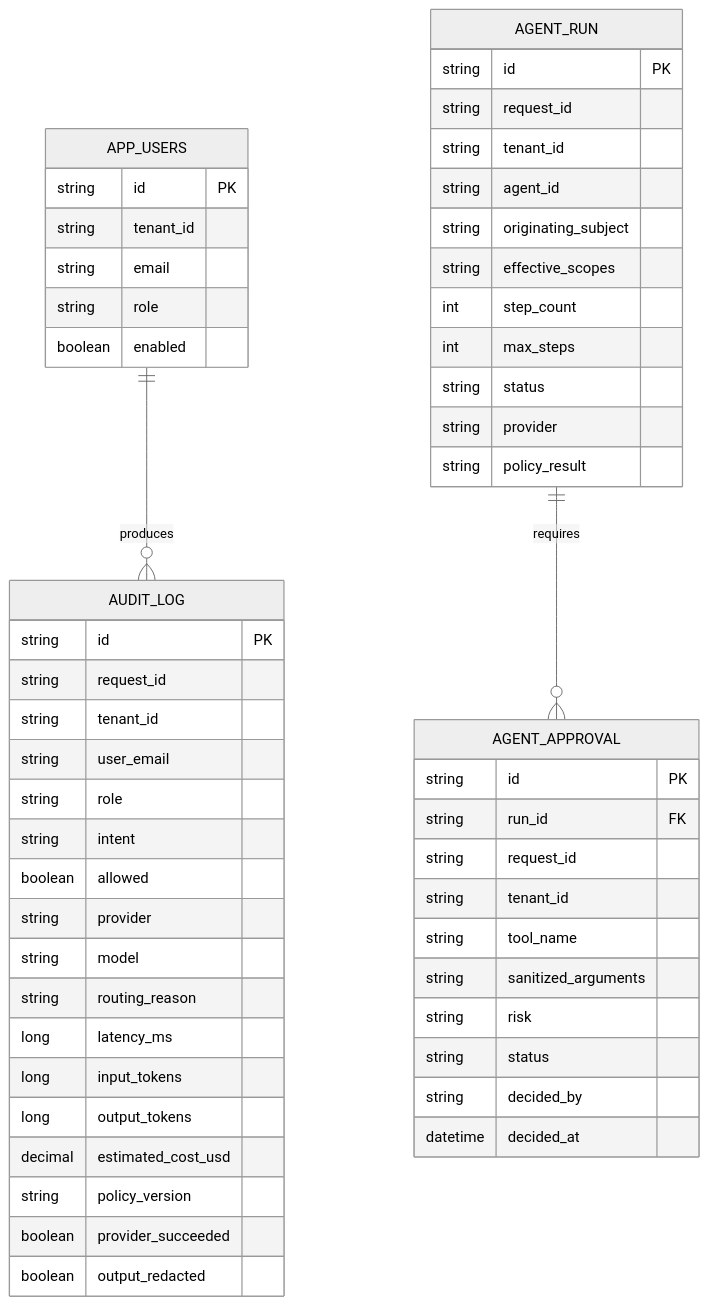
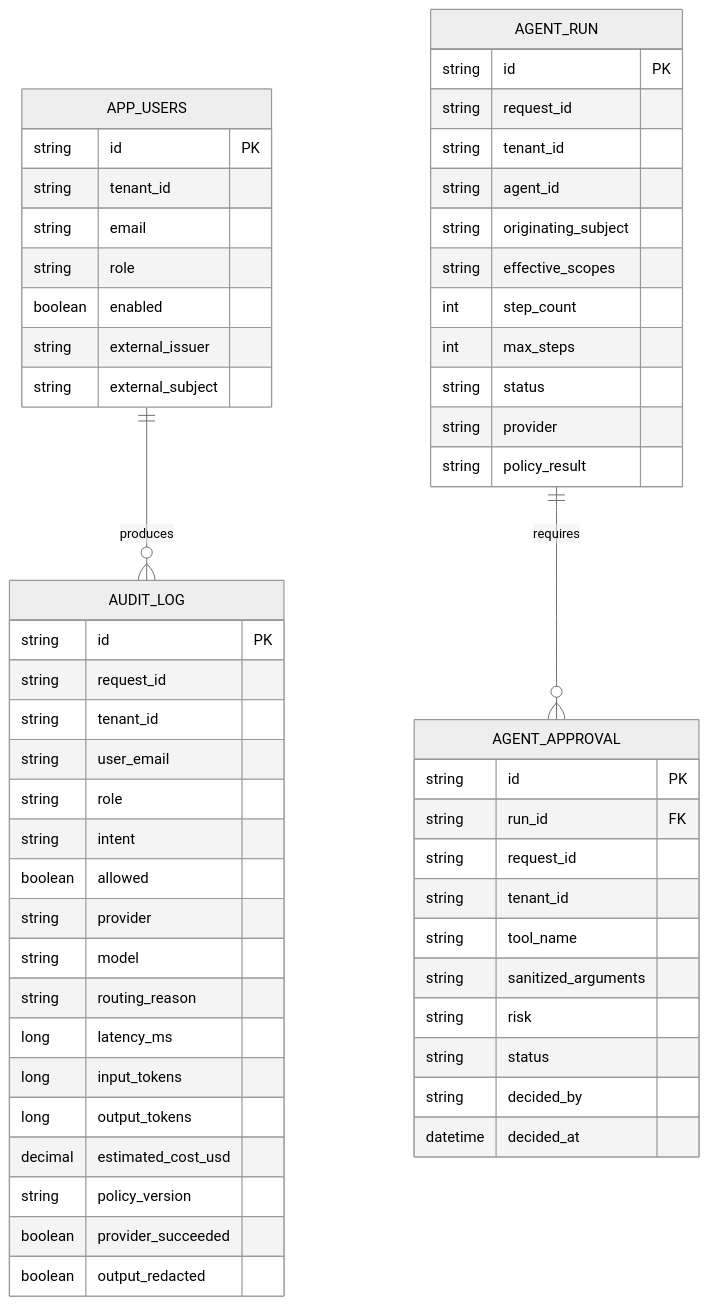
Before and after one commit to imvaibhavm/ai-iam-gateway: the eighth of 8 diagrams in docs/ARCHITECTURE_HLD_LLD.md, drawn with Mermaid (neutral theme). The commit also changed other lines of this file and 24 other files, not shown here.

````diff
--- a/docs/ARCHITECTURE_HLD_LLD.md
+++ b/docs/ARCHITECTURE_HLD_LLD.md
@@ -210,56 +215,58 @@
 ```mermaid
 erDiagram
     APP_USERS {
       string id PK
       string tenant_id
       string email
       string role
       boolean enabled
+      string external_issuer
+      string external_subject
     }
     AUDIT_LOG {
       string id PK
       string request_id
       string tenant_id
       string user_email
       string role
       string intent
       boolean allowed
       string provider
       string model
       string routing_reason
       long latency_ms
       long input_tokens
       long output_tokens
       decimal estimated_cost_usd
       string policy_version
       boolean provider_succeeded
       boolean output_redacted
     }
     AGENT_RUN {
       string id PK
       string request_id
       string tenant_id
       string agent_id
       string originating_subject
       string effective_scopes
       int step_count
       int max_steps
       string status
       string provider
       string policy_result
     }
     AGENT_APPROVAL {
       string id PK
       string run_id FK
       string request_id
       string tenant_id
       string tool_name
       string sanitized_arguments
       string risk
       string status
       string decided_by
       datetime decided_at
     }
     AGENT_RUN ||--o{ AGENT_APPROVAL : requires
     APP_USERS ||--o{ AUDIT_LOG : produces
 ```
````
